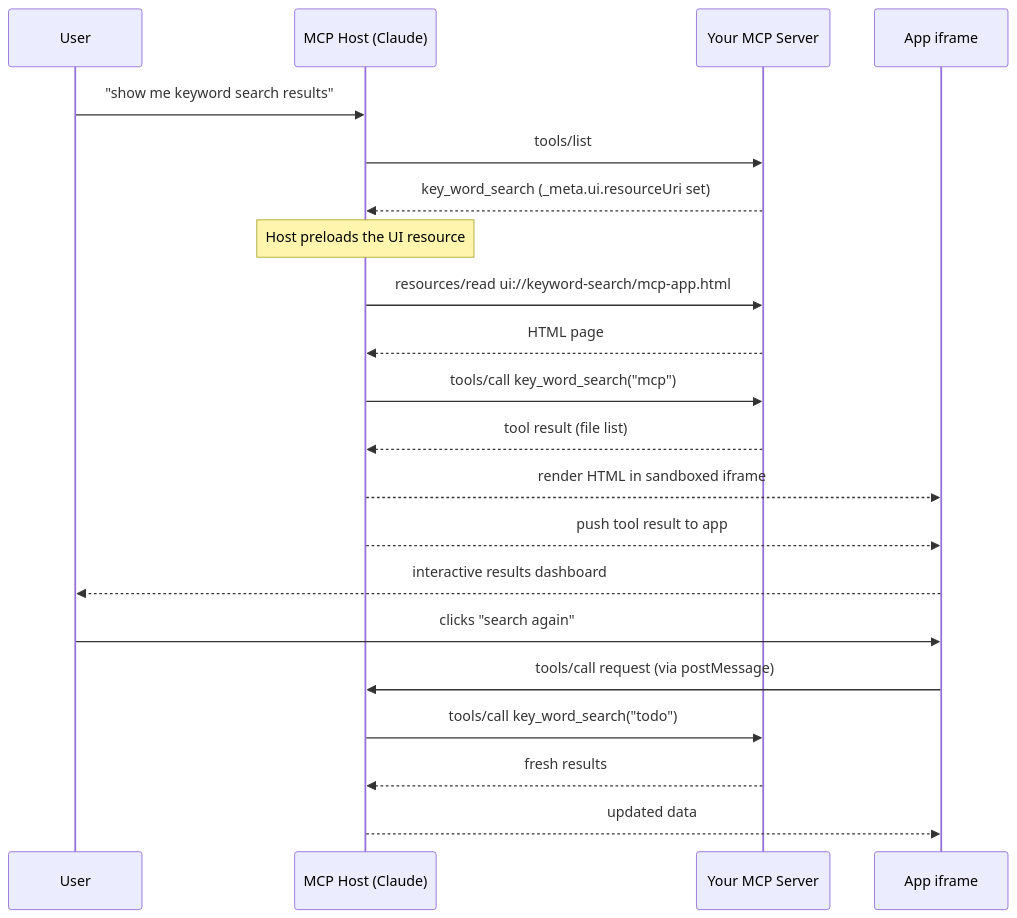
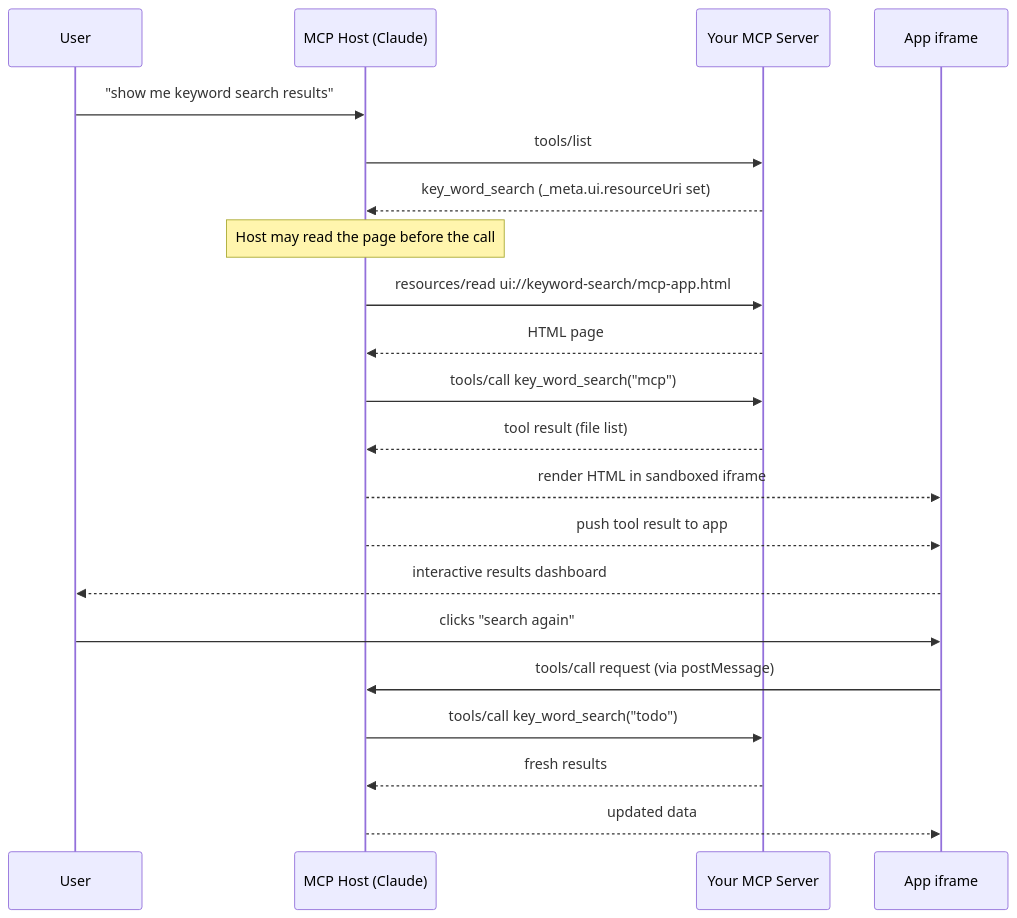
Before and after one commit to David-Parry/agent-mcp-workshop: the second of 2 diagrams in lessons/06-overview.md, drawn with Mermaid. The commit also changed other lines of this file and 21 other files, not shown here.

````diff
--- a/lessons/06-overview.md
+++ b/lessons/06-overview.md
@@ -53,24 +55,24 @@
 ```mermaid
 sequenceDiagram
     participant User
     participant Host as MCP Host (Claude)
     participant Server as Your MCP Server
     participant App as App iframe
 
     User->>Host: "show me keyword search results"
     Host->>Server: tools/list
     Server-->>Host: key_word_search (_meta.ui.resourceUri set)
-    Note over Host: Host preloads the UI resource
+    Note over Host: Host may read the page before the call
     Host->>Server: resources/read ui://keyword-search/mcp-app.html
     Server-->>Host: HTML page
     Host->>Server: tools/call key_word_search("mcp")
     Server-->>Host: tool result (file list)
     Host-->>App: render HTML in sandboxed iframe
     Host-->>App: push tool result to app
     App-->>User: interactive results dashboard
     User->>App: clicks "search again"
     App->>Host: tools/call request (via postMessage)
     Host->>Server: tools/call key_word_search("todo")
     Server-->>Host: fresh results
     Host-->>App: updated data
 ```
````
